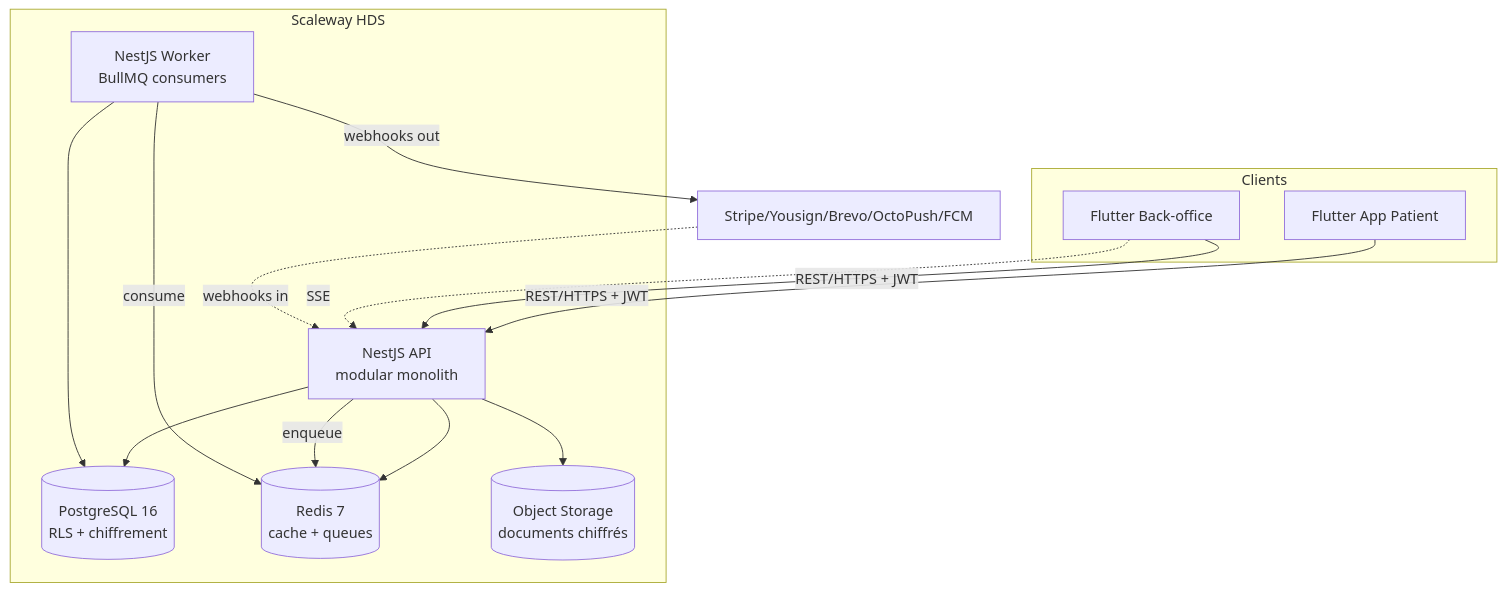
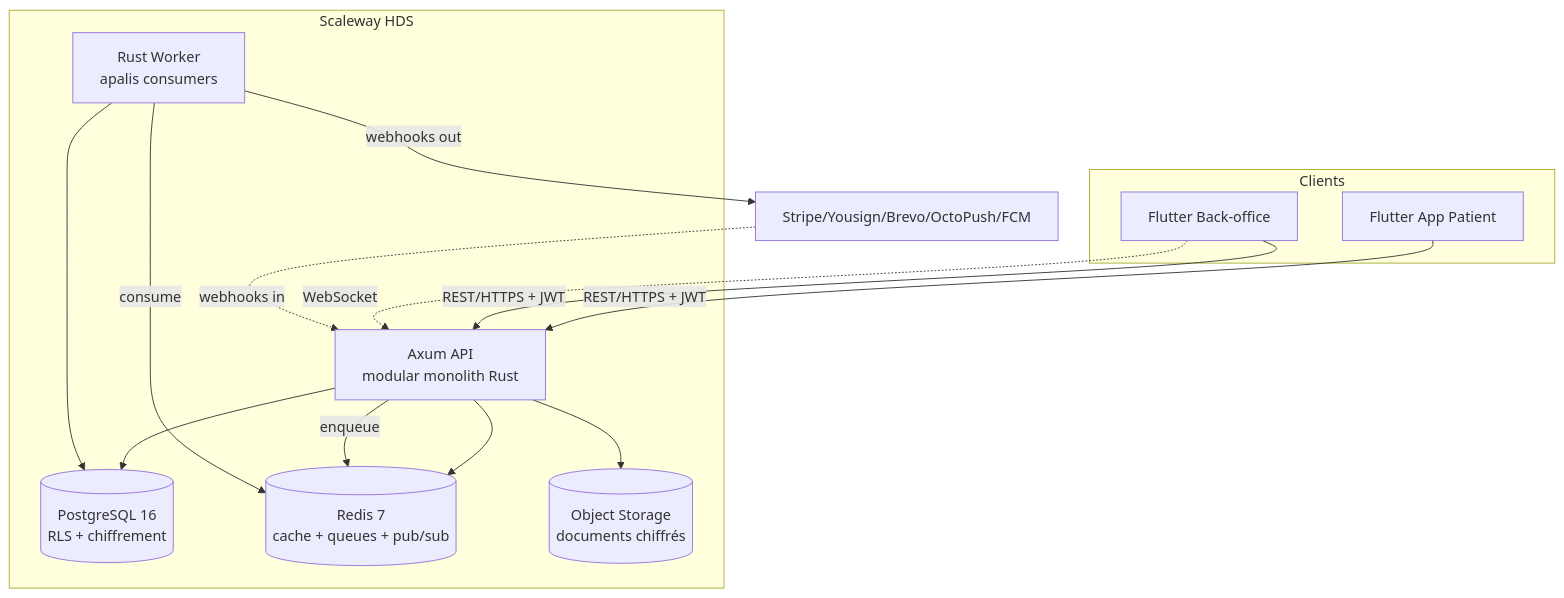
The second of 3 diagrams in docs/04-architecture.md (jipspaul/nubiadoc), drawn with Mermaid before and after one commit. The commit also changed other lines of this file and 18 other files, not shown here.

````diff
--- a/docs/04-architecture.md
+++ b/docs/04-architecture.md
@@ -79,25 +80,25 @@
 ```mermaid
 graph TB
     subgraph Clients
       AppP[Flutter App Patient]
       BO[Flutter Back-office]
     end
     subgraph Scaleway HDS
-      API[NestJS API<br/>modular monolith]
-      Worker[NestJS Worker<br/>BullMQ consumers]
+      API[Axum API<br/>modular monolith Rust]
+      Worker[Rust Worker<br/>apalis consumers]
       PG[(PostgreSQL 16<br/>RLS + chiffrement)]
-      REDIS[(Redis 7<br/>cache + queues)]
+      REDIS[(Redis 7<br/>cache + queues + pub/sub)]
       OBJ[(Object Storage<br/>documents chiffrés)]
     end
     AppP -->|REST/HTTPS + JWT| API
     BO -->|REST/HTTPS + JWT| API
-    BO -.->|SSE| API
+    BO -.->|WebSocket| API
     API --> PG
     API --> REDIS
     API --> OBJ
     API -->|enqueue| REDIS
     Worker -->|consume| REDIS
     Worker --> PG
     Worker -->|webhooks out| EXT[Stripe/Yousign/Brevo/OctoPush/FCM]
     EXT -.->|webhooks in| API
 ```
````
